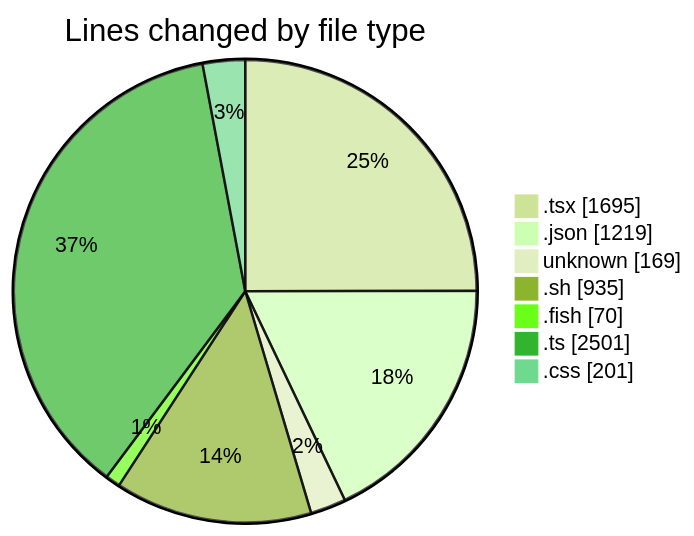
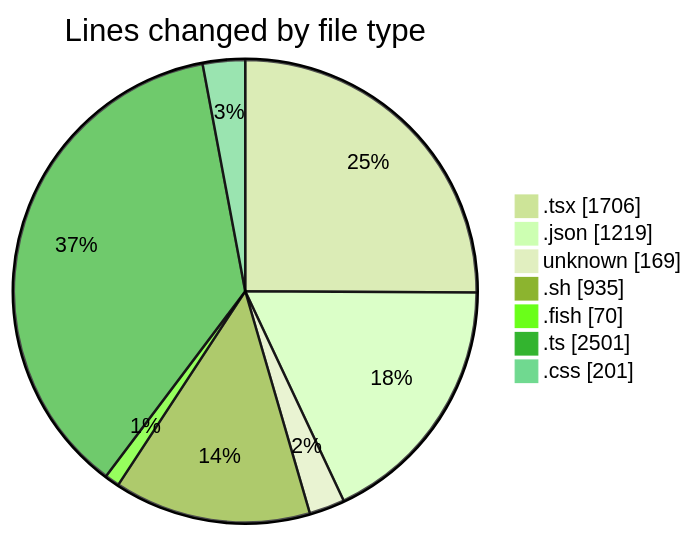
The first of 2 diagrams in 2025-07-17/ribbon/README.md (EIIisD/code-tracking), drawn with Mermaid (forest theme) before and after one commit. The commit also changed other lines of this file and 1 other file, not shown here.

````diff
--- a/2025-07-17/ribbon/README.md
+++ b/2025-07-17/ribbon/README.md
@@ -54,11 +54,11 @@
 ```mermaid
 pie showData
 title Lines changed by file type
-".tsx" : 1695
+".tsx" : 1706
 ".json" : 1219
 "unknown" : 169
 ".sh" : 935
 ".fish" : 70
 ".ts" : 2501
 ".css" : 201
 ```
````
